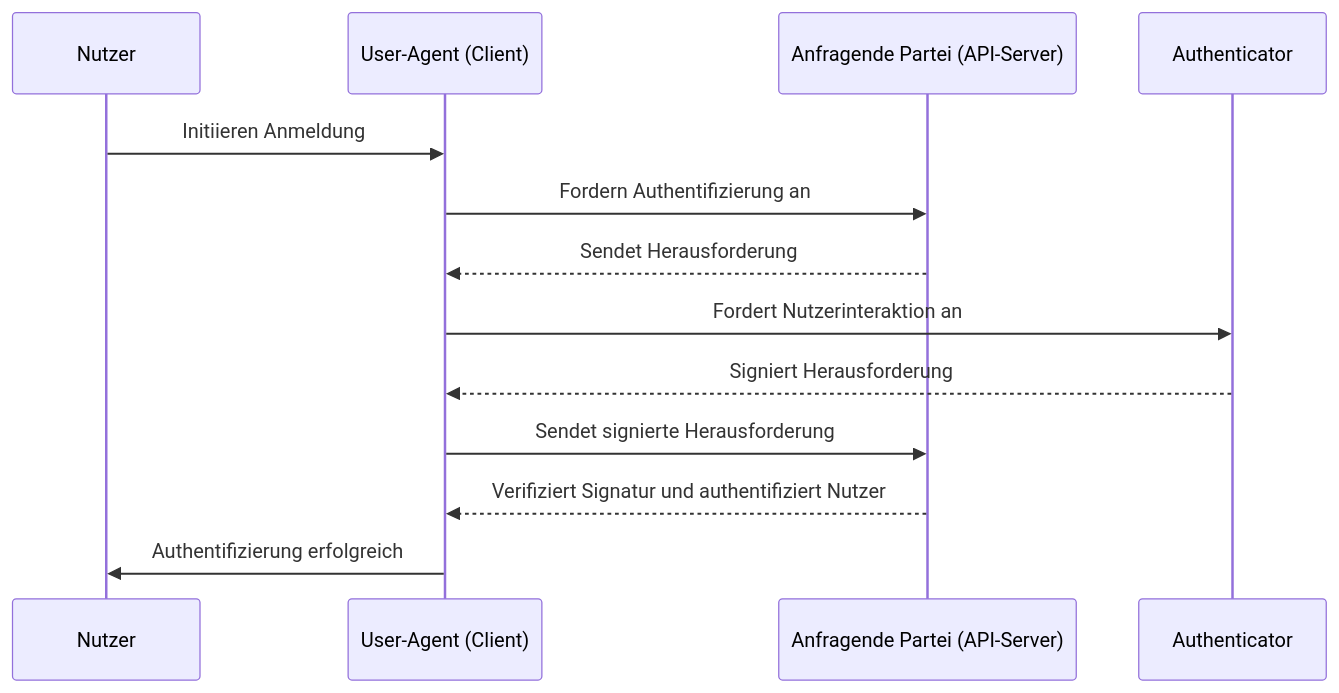
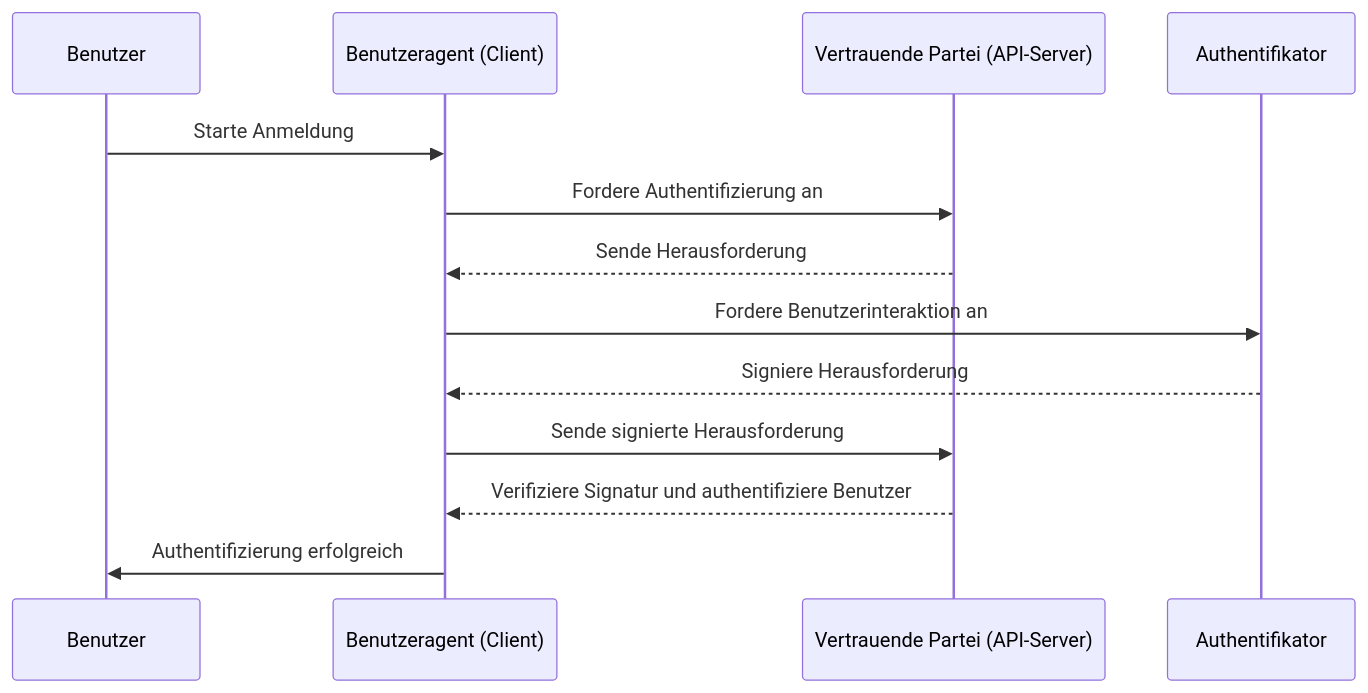
The second of 2 diagrams in src/content/terms/de/webauthn.mdx (logto-io/auth-wiki), drawn with Mermaid before and after one commit. The commit also changed other lines of this file and 98 other files, not shown here.

````diff
--- a/src/content/terms/de/webauthn.mdx
+++ b/src/content/terms/de/webauthn.mdx
@@ -67,16 +75,16 @@
 ```mermaid
 sequenceDiagram
-	participant Nutzer
-	participant User-Agent (Client)
-	participant Anfragende Partei (API-Server)
-	participant Authenticator
+	participant Benutzer
+	participant Benutzeragent (Client)
+	participant Vertrauende Partei (API-Server)
+	participant Authentifikator
 
-	Nutzer ->> User-Agent (Client): Initiieren Anmeldung
-	User-Agent (Client) ->> Anfragende Partei (API-Server): Fordern Authentifizierung an
-	Anfragende Partei (API-Server) -->> User-Agent (Client): Sendet Herausforderung
-	User-Agent (Client) ->> Authenticator: Fordert Nutzerinteraktion an
-	Authenticator -->> User-Agent (Client): Signiert Herausforderung
-	User-Agent (Client) ->> Anfragende Partei (API-Server): Sendet signierte Herausforderung
-	Anfragende Partei (API-Server) -->> User-Agent (Client): Verifiziert Signatur und authentifiziert Nutzer
-	User-Agent (Client) ->> Nutzer: Authentifizierung erfolgreich
+	Benutzer ->> Benutzeragent (Client): Starte Anmeldung
+	Benutzeragent (Client) ->> Vertrauende Partei (API-Server): Fordere Authentifizierung an
+	Vertrauende Partei (API-Server) -->> Benutzeragent (Client): Sende Herausforderung
+	Benutzeragent (Client) ->> Authentifikator: Fordere Benutzerinteraktion an
+	Authentifikator -->> Benutzeragent (Client): Signiere Herausforderung
+	Benutzeragent (Client) ->> Vertrauende Partei (API-Server): Sende signierte Herausforderung
+	Vertrauende Partei (API-Server) -->> Benutzeragent (Client): Verifiziere Signatur und authentifiziere Benutzer
+	Benutzeragent (Client) ->> Benutzer: Authentifizierung erfolgreich
 ```
````
